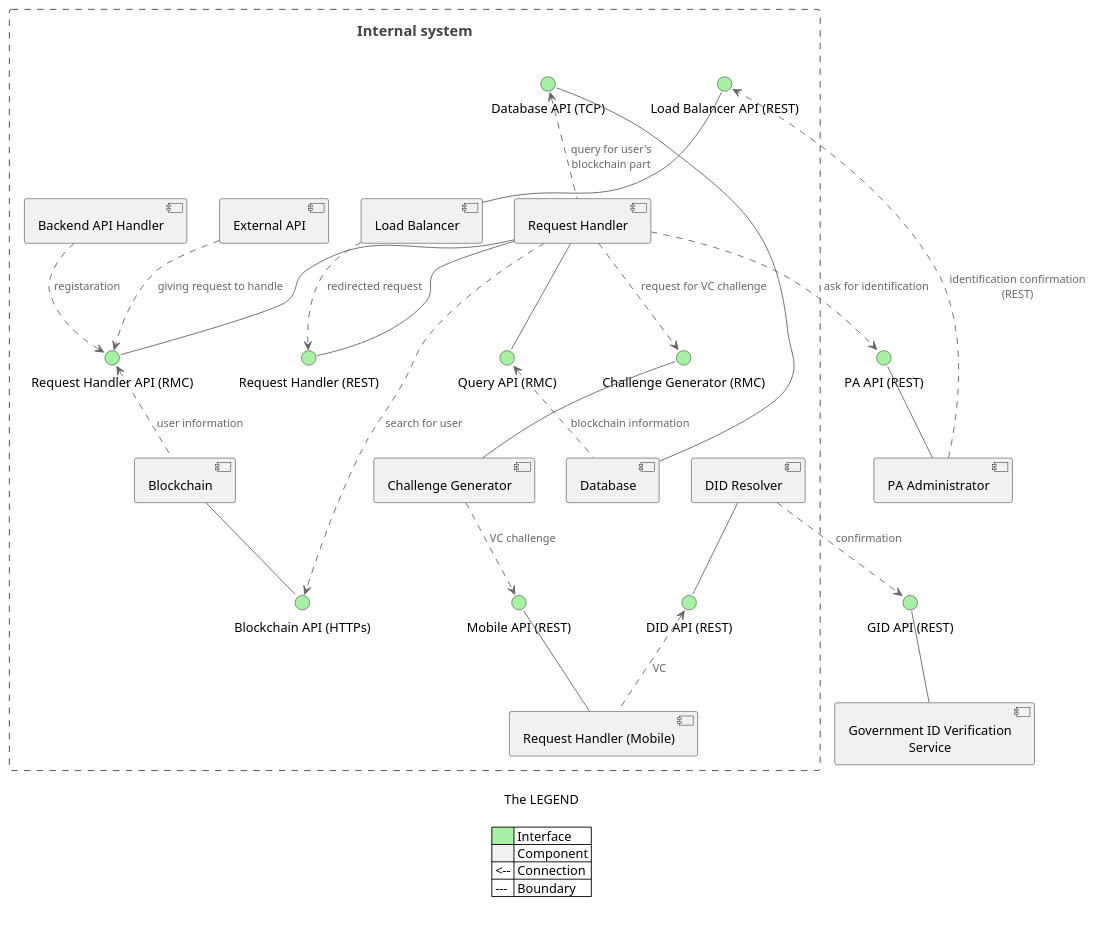
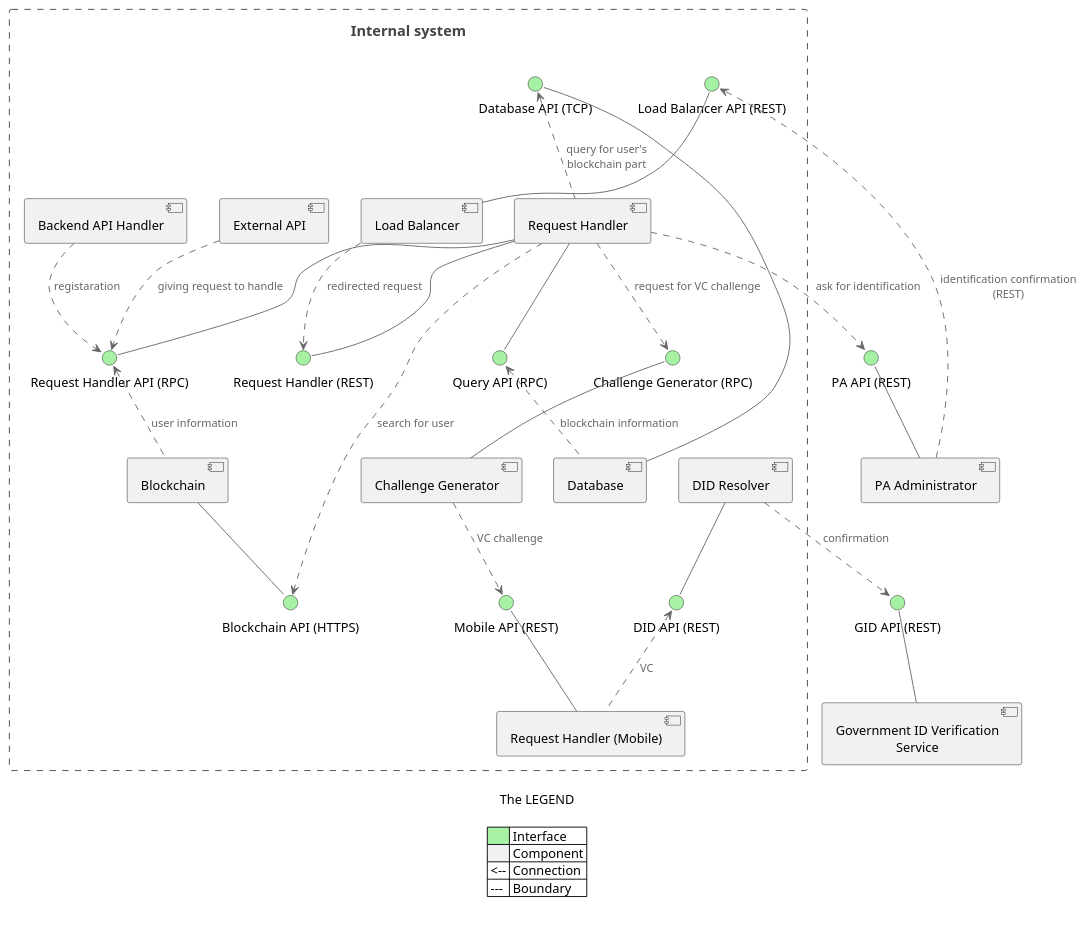
The diagram in diagramInformation.puml (Dorfultariant/Architecture_Diagrams), drawn with PlantUML before and after one commit. The commit also changed 1 other file, not shown here.

```diff
--- a/diagramInformation.puml
+++ b/diagramInformation.puml
@@ -1,112 +1,112 @@
 @startuml
 !include https://raw.githubusercontent.com/plantuml-stdlib/C4-PlantUML/master/C4_Component.puml
 
 Boundary(boundary, "Internal system") {
 
     component "Request Handler" as rh
     component "DID Resolver" as did
     component "External API" as api
     component "Challenge Generator" as cg
     
 
     component "Database" as db
 
 
     component "Request Handler (Mobile)" as md
     component "Backend API Handler" as bapi
     
     component "Load Balancer" as lb
     component Blockchain as bc
 
     interface "Request Handler (REST)" as rhr
-    interface "Query API (RMC)" as rhq 
-    interface "Request Handler API (RMC)" as rhc
+    interface "Query API (RPC)" as rhq 
+    interface "Request Handler API (RPC)" as rhc
 
     interface "Load Balancer API (REST)" as lbc 
 
     interface "Database API (TCP)" as dbc
 
-    interface "Challenge Generator (RMC)" as cgc
+    interface "Challenge Generator (RPC)" as cgc
 
-    interface "Blockchain API (HTTPs)" as bcc
+    interface "Blockchain API (HTTPS)" as bcc
 
     interface "DID API (REST)" as dida
 
     interface "Mobile API (REST)" as mdc
 }
 
 
 
 component "PA Administrator" as pa
 interface "PA API (REST)" as pap
 
 component "Government ID Verification Service" as tp
 interface "GID API (REST)" as tpa 
 
 
 rh -- rhr 
 rh -- rhq
 rh -- rhc
 
 lbc -- lb
 
 dbc -- db
 
 cgc -- cg
 
 pap -- pa
 
 bc -- bcc
 
 did -- dida
 
 tpa -- tp
 
 mdc -- md
 
 rhq <.. db : blockchain information
 rh .up.> dbc : query for user's blockchain part
 
 bapi ..> rhc : registaration 
 api ..> rhc : giving request to handle
 rhc <.. bc : user information
 
 pa ..> lbc : identification confirmation (REST)
 lb ..> rhr : redirected request 
 
 rh ..> cgc : request for VC challenge
 rh ..> pap : ask for identification
 rh ..> bcc : search for user 
 
 
 
 dida <-. md : VC 
  
 
 cg ..> mdc : VC challenge
 did ..> tpa : confirmation 
 
 
 <style>
     legend
     {
         FontColor black
     }
     interface 
     {
         BackgroundColor #a6f1a3
     }
 </style> 
 
 legend 
     The LEGEND
 
     | <#a6f1a3>| Interface |
     | <#f1f1f1> | Component |
     | <-- | Connection |
     | --- | Boundary |
 
 endlegend
 
 
 @enduml
```
